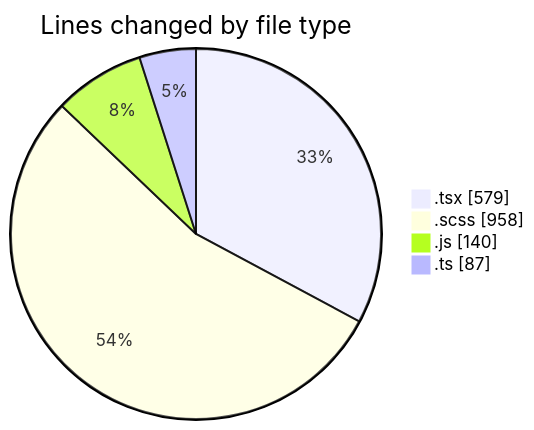
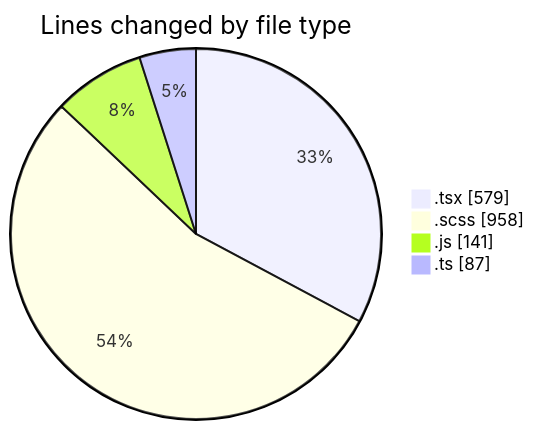
One commit to momahboobian/code-tracking changed the first of 2 diagrams in 2026-03-25/cda/README.md. Above: the diagram before and after it, drawn with Mermaid. The commit also changed other lines of this file and 1 other file, not shown here.

````diff
--- a/2026-03-25/cda/README.md
+++ b/2026-03-25/cda/README.md
@@ -23,8 +23,8 @@
 ```mermaid
 pie showData
 title Lines changed by file type
 ".tsx" : 579
 ".scss" : 958
-".js" : 140
+".js" : 141
 ".ts" : 87
 ```
````
